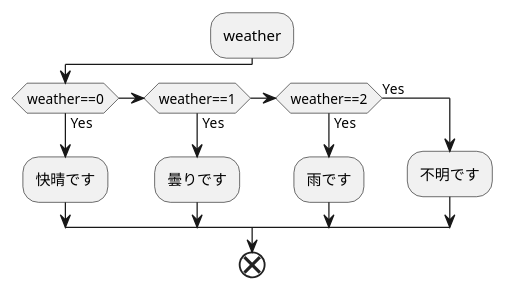
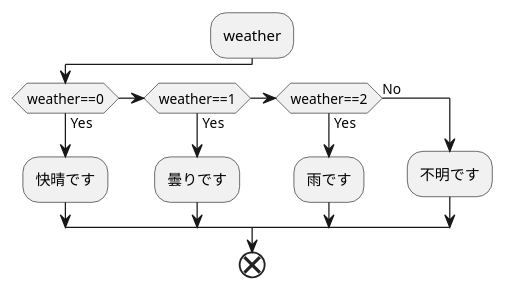
The diagram in kadai4_4.md (Aso2001409/2021sys-design), drawn with PlantUML before and after one commit.

````diff
--- a/kadai4_4.md
+++ b/kadai4_4.md
@@ -1,15 +1,15 @@
 ```uml
 @startuml
 :weather;
 if(weather==0)then(Yes)
   :快晴です;
 else if(weather==1)then(Yes)
   :曇りです;
 else if(weather==2)then(Yes)
   :雨です;
-else(Yes)
+else(No)
   :不明です;
 endif
 end
 @enduml
 ```
````
